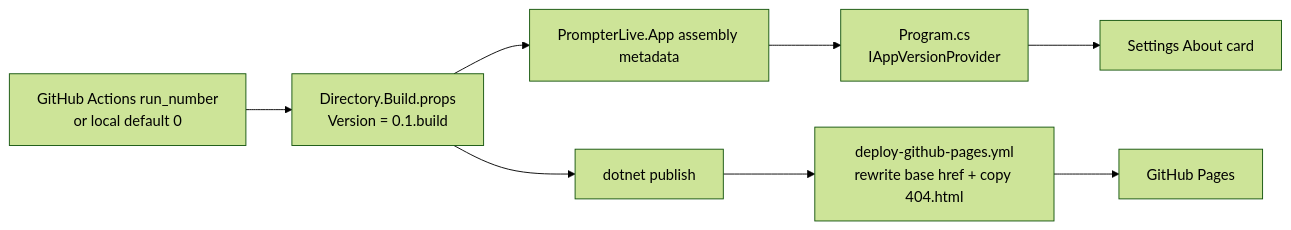
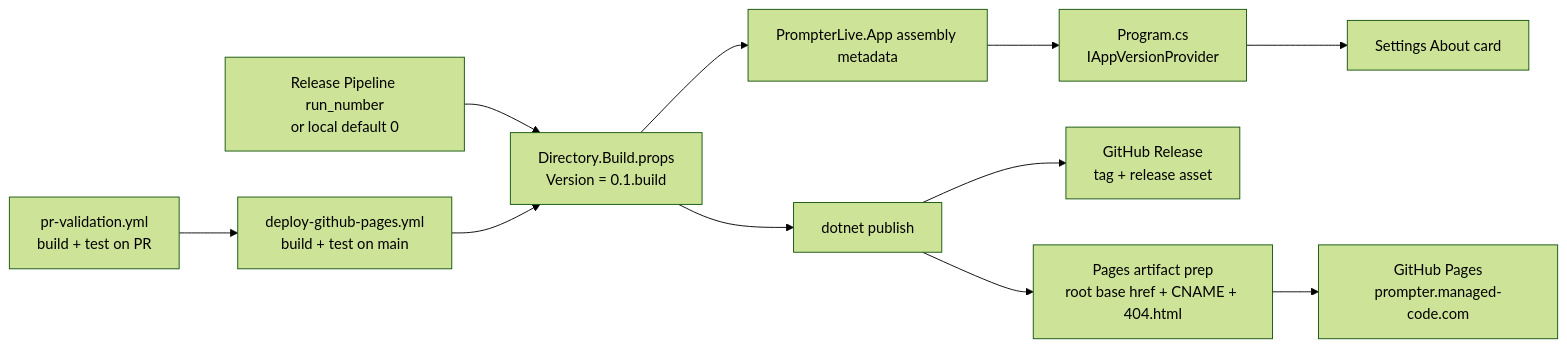
Before and after one commit to managedcode/PrompterLive: the diagram in docs/Features/AppVersioningAndGitHubPages.md, drawn with Mermaid (forest theme). The commit also changed other lines of this file and 7 other files, not shown here.

````diff
--- a/docs/Features/AppVersioningAndGitHubPages.md
+++ b/docs/Features/AppVersioningAndGitHubPages.md
@@ -15,19 +15,25 @@
 ```mermaid
 flowchart LR
-    Run["GitHub Actions run_number<br/>or local default 0"]
+    Pr["pr-validation.yml<br/>build + test on PR"]
+    Run["Release Pipeline run_number<br/>or local default 0"]
     BuildProps["Directory.Build.props<br/>Version = 0.1.build"]
     Assembly["PrompterLive.App assembly metadata"]
     Program["Program.cs<br/>IAppVersionProvider"]
     About["Settings About card"]
+    Validate["deploy-github-pages.yml<br/>build + test on main"]
     Publish["dotnet publish"]
-    PagesPrep["deploy-github-pages.yml<br/>rewrite base href + copy 404.html"]
-    Pages["GitHub Pages"]
+    Release["GitHub Release<br/>tag + release asset"]
+    PagesPrep["Pages artifact prep<br/>root base href + CNAME + 404.html"]
+    Pages["GitHub Pages<br/>prompter.managed-code.com"]
 
+    Pr --> Validate
     Run --> BuildProps
+    Validate --> BuildProps
     BuildProps --> Assembly
     Assembly --> Program
     Program --> About
     BuildProps --> Publish
+    Publish --> Release
     Publish --> PagesPrep
     PagesPrep --> Pages
 ```
````
